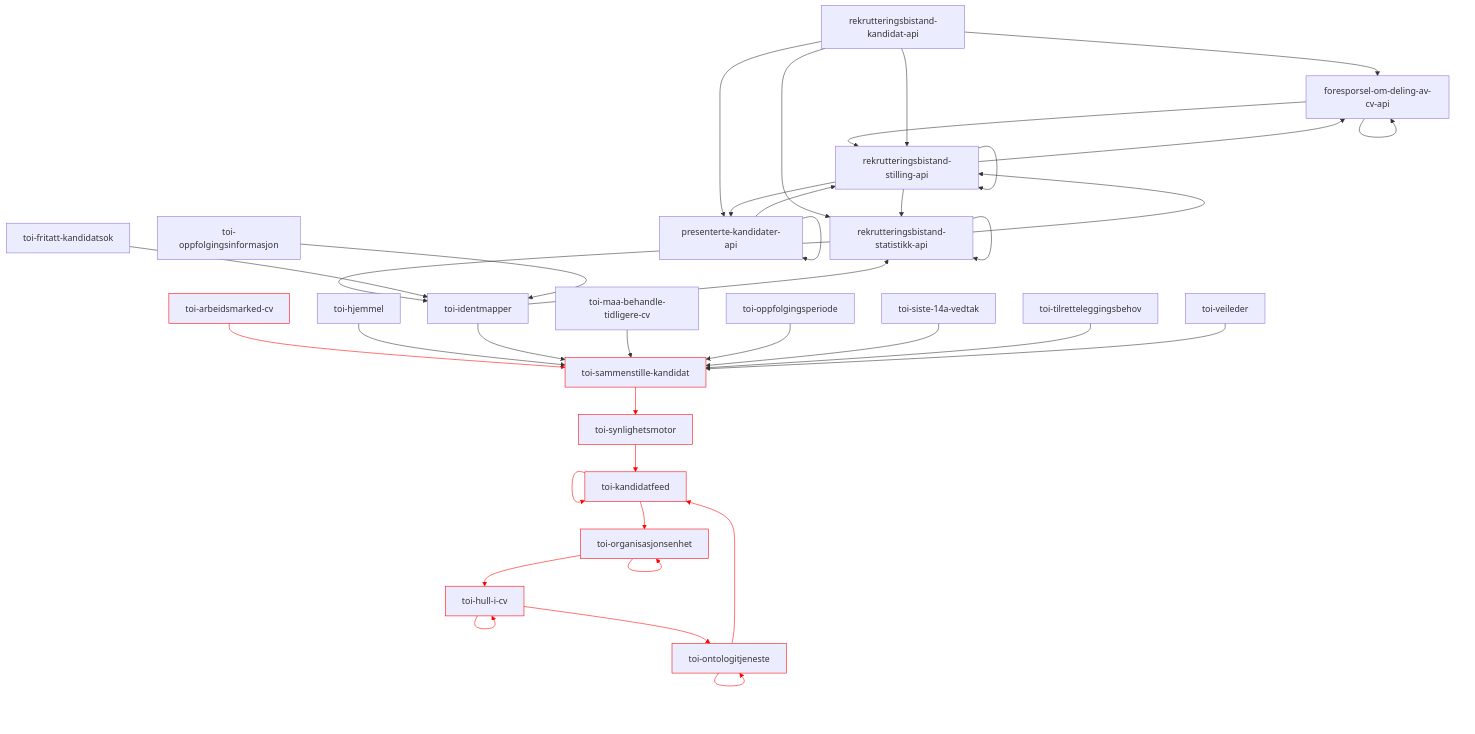
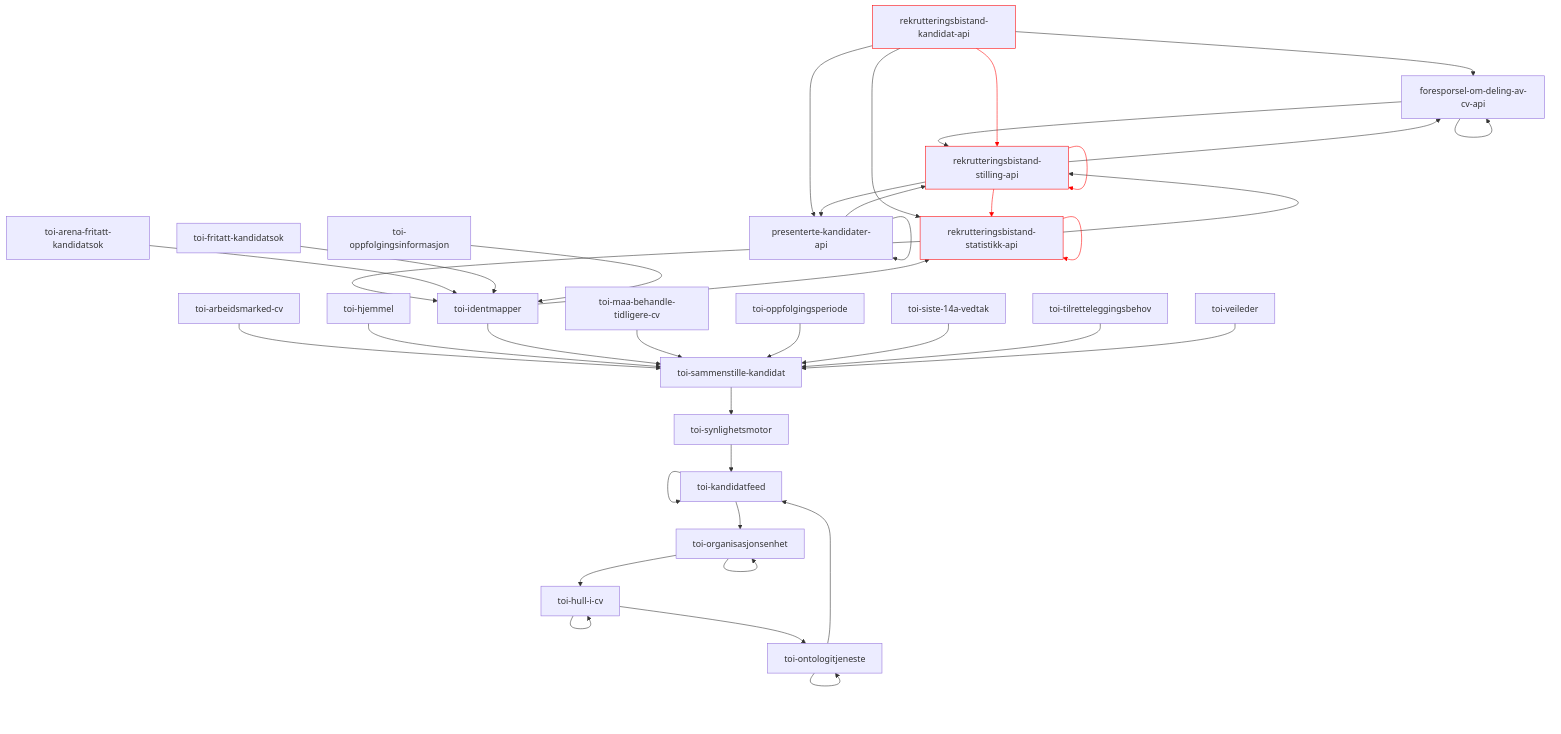
Diagram 11 of 24 in README.md (navikt/toi-rapids-and-rivers-grapher), drawn with Mermaid before and after one commit. The commit also changed other lines of this file, not shown here.

````diff
--- a/README.md
+++ b/README.md
@@ -457,42 +470,43 @@
 ```mermaid
 graph TD;
 foresporsel-om-deling-av-cv-api --> foresporsel-om-deling-av-cv-api;
 foresporsel-om-deling-av-cv-api --> rekrutteringsbistand-stilling-api;
 presenterte-kandidater-api --> presenterte-kandidater-api;
 presenterte-kandidater-api --> rekrutteringsbistand-stilling-api;
 rekrutteringsbistand-kandidat-api --> foresporsel-om-deling-av-cv-api;
 rekrutteringsbistand-kandidat-api --> presenterte-kandidater-api;
 rekrutteringsbistand-kandidat-api --> rekrutteringsbistand-statistikk-api;
-rekrutteringsbistand-kandidat-api --> rekrutteringsbistand-stilling-api;
-rekrutteringsbistand-statistikk-api --> rekrutteringsbistand-statistikk-api;
+rekrutteringsbistand-kandidat-api:::x --> rekrutteringsbistand-stilling-api:::x;
+rekrutteringsbistand-statistikk-api:::x --> rekrutteringsbistand-statistikk-api:::x;
 rekrutteringsbistand-statistikk-api --> rekrutteringsbistand-stilling-api;
 rekrutteringsbistand-statistikk-api --> toi-identmapper;
 rekrutteringsbistand-stilling-api --> foresporsel-om-deling-av-cv-api;
 rekrutteringsbistand-stilling-api --> presenterte-kandidater-api;
-rekrutteringsbistand-stilling-api --> rekrutteringsbistand-statistikk-api;
-rekrutteringsbistand-stilling-api --> rekrutteringsbistand-stilling-api;
-toi-arbeidsmarked-cv:::x --> toi-sammenstille-kandidat:::x;
+rekrutteringsbistand-stilling-api:::x --> rekrutteringsbistand-statistikk-api:::x;
+rekrutteringsbistand-stilling-api:::x --> rekrutteringsbistand-stilling-api:::x;
+toi-arbeidsmarked-cv --> toi-sammenstille-kandidat;
+toi-arena-fritatt-kandidatsok --> toi-identmapper;
 toi-fritatt-kandidatsok --> toi-identmapper;
 toi-hjemmel --> toi-sammenstille-kandidat;
-toi-hull-i-cv:::x --> toi-hull-i-cv:::x;
-toi-hull-i-cv:::x --> toi-ontologitjeneste:::x;
+toi-hull-i-cv --> toi-hull-i-cv;
+toi-hull-i-cv --> toi-ontologitjeneste;
 toi-identmapper --> rekrutteringsbistand-statistikk-api;
 toi-identmapper --> toi-sammenstille-kandidat;
-toi-kandidatfeed:::x --> toi-kandidatfeed:::x;
-toi-kandidatfeed:::x --> toi-organisasjonsenhet:::x;
+toi-kandidatfeed --> toi-kandidatfeed;
+toi-kandidatfeed --> toi-organisasjonsenhet;
 toi-maa-behandle-tidligere-cv --> toi-sammenstille-kandidat;
-toi-ontologitjeneste:::x --> toi-kandidatfeed:::x;
-toi-ontologitjeneste:::x --> toi-ontologitjeneste:::x;
+toi-ontologitjeneste --> toi-kandidatfeed;
+toi-ontologitjeneste --> toi-ontologitjeneste;
 toi-oppfolgingsinformasjon --> toi-identmapper;
 toi-oppfolgingsperiode --> toi-sammenstille-kandidat;
-toi-organisasjonsenhet:::x --> toi-hull-i-cv:::x;
-toi-organisasjonsenhet:::x --> toi-organisasjonsenhet:::x;
-toi-sammenstille-kandidat:::x --> toi-synlighetsmotor:::x;
+toi-organisasjonsenhet --> toi-hull-i-cv;
+toi-organisasjonsenhet --> toi-organisasjonsenhet;
+toi-sammenstille-kandidat --> toi-synlighetsmotor;
 toi-siste-14a-vedtak --> toi-sammenstille-kandidat;
-toi-synlighetsmotor:::x --> toi-kandidatfeed:::x;
+toi-synlighetsmotor --> toi-kandidatfeed;
 toi-tilretteleggingsbehov --> toi-sammenstille-kandidat;
 toi-veileder --> toi-sammenstille-kandidat;
 
-linkStyle 15,18,19,22,23,25,26,29,30,31,33 stroke:red;
+linkStyle 7,8,13,14 stroke:red;
 classDef x stroke: red;
 ```
````
